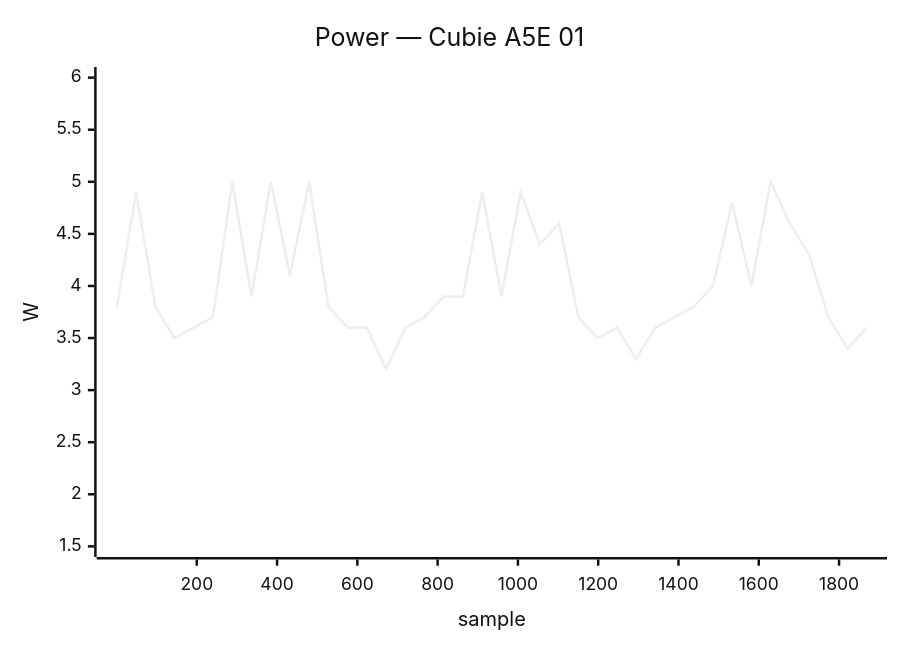
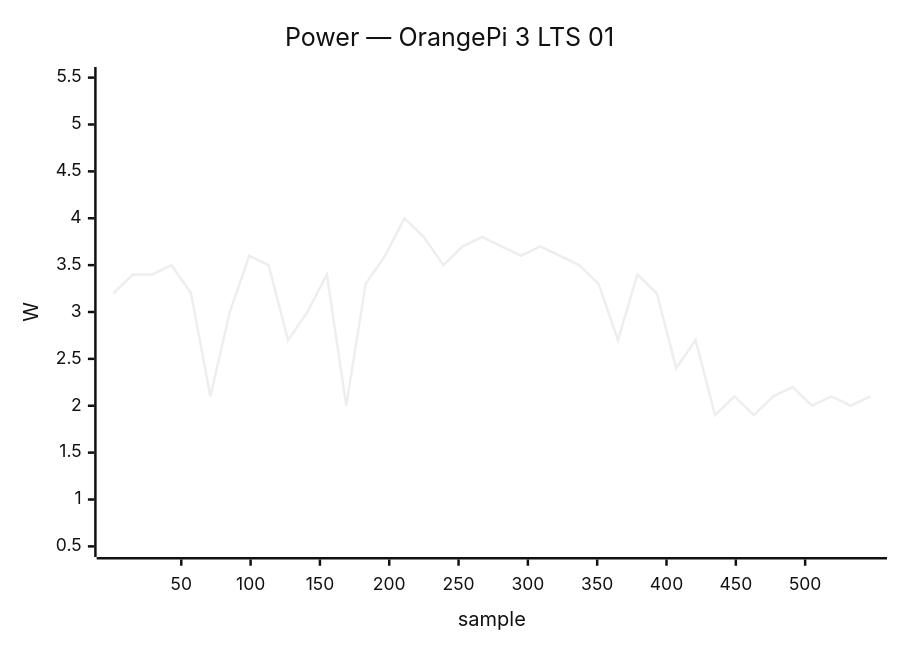
One commit to armbian/documentation changed the fourth of 50 diagrams in docs/status/board-tests.md. Above: the diagram before and after it, drawn with Mermaid (neutral theme). The commit also changed other lines of this file, not shown here.

````diff
--- a/docs/status/board-tests.md
+++ b/docs/status/board-tests.md
@@ -63,7 +250,7 @@
 ```mermaid
 xychart-beta
-    title "Power — Cubie A5E 01"
-    x-axis "sample" 1 --> 1869
-    y-axis "W" 1.5 --> 6.0
-    line [3.8, 4.9, 3.8, 3.5, 3.6, 3.7, 5.0, 3.9, 5.0, 4.1, 5.0, 3.8, 3.6, 3.6, 3.2, 3.6, 3.7, 3.9, 3.9, 4.9, 3.9, 4.9, 4.4, 4.6, 3.7, 3.5, 3.6, 3.3, 3.6, 3.7, 3.8, 4.0, 4.8, 4.0, 5.0, 4.6, 4.3, 3.7, 3.4, 3.6]
+    title "Power — OrangePi 3 LTS 01"
+    x-axis "sample" 1 --> 547
+    y-axis "W" 0.5 --> 5.5
+    line [3.2, 3.4, 3.4, 3.5, 3.2, 2.1, 3.0, 3.6, 3.5, 2.7, 3.0, 3.4, 2.0, 3.3, 3.6, 4.0, 3.8, 3.5, 3.7, 3.8, 3.7, 3.6, 3.7, 3.6, 3.5, 3.3, 2.7, 3.4, 3.2, 2.4, 2.7, 1.9, 2.1, 1.9, 2.1, 2.2, 2.0, 2.1, 2.0, 2.1]
 ```
````
